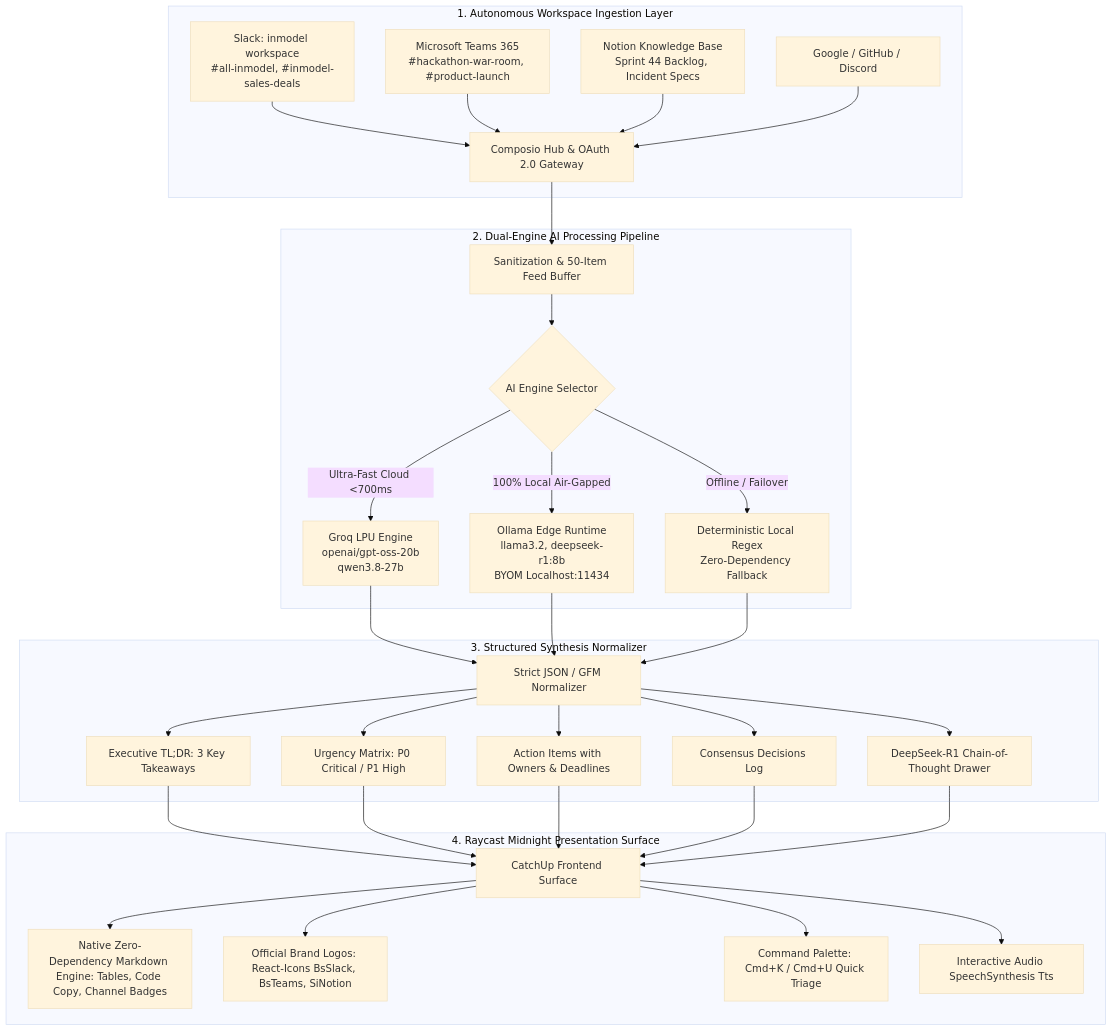
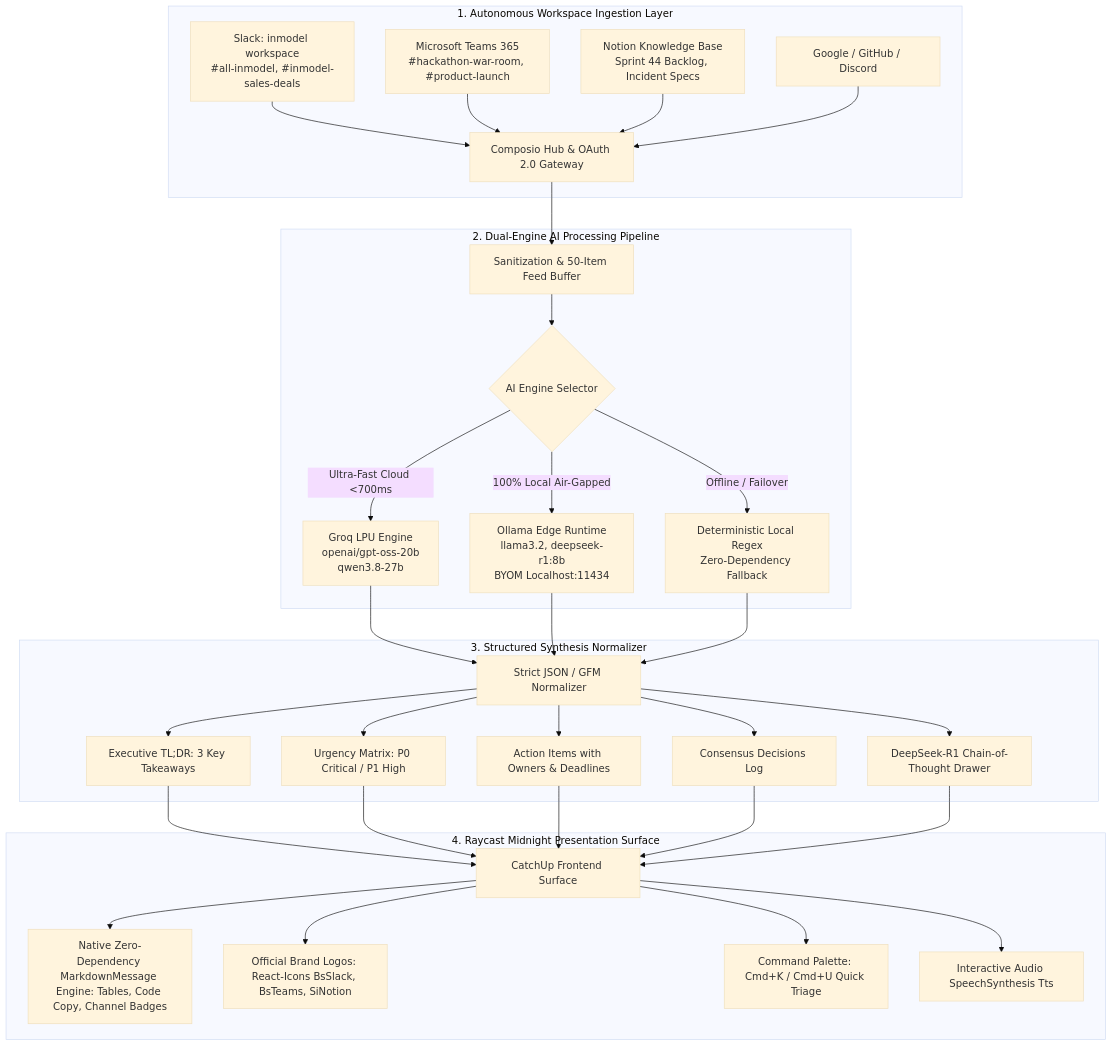
One commit to shree1071/catchup changed the diagram in PROMPT.MD. Above: the diagram before and after it, drawn with Mermaid (base theme). The commit also changed 5 other files, not shown here.

````diff
--- a/PROMPT.MD
+++ b/PROMPT.MD
@@ -43,36 +43,36 @@
 ```mermaid
 flowchart TD
     subgraph Ingestion [1. Autonomous Workspace Ingestion Layer]
         S1[Slack: inmodel workspace\n#all-inmodel, #inmodel-sales-deals]
         S2[Microsoft Teams 365\n#hackathon-war-room, #product-launch]
         S3[Notion Knowledge Base\nSprint 44 Backlog, Incident Specs]
         S4[Google / GitHub / Discord]
         COMPOSIO[Composio Hub & OAuth 2.0 Gateway]
         S1 & S2 & S3 & S4 --> COMPOSIO
     end
 
     subgraph Processing [2. Dual-Engine AI Processing Pipeline]
         COMPOSIO --> SANITIZE[Sanitization & 50-Item Feed Buffer]
         SANITIZE --> ROUTER{AI Engine Selector}
         ROUTER -->|Ultra-Fast Cloud <700ms| GROQ[Groq LPU Engine\nopenai/gpt-oss-20b\nqwen3.8-27b]
         ROUTER -->|100% Local Air-Gapped| OLLAMA[Ollama Edge Runtime\nllama3.2, deepseek-r1:8b\nBYOM Localhost:11434]
         ROUTER -->|Offline / Failover| REGEX[Deterministic Local Regex\nZero-Dependency Fallback]
     end
 
     subgraph Normalization [3. Structured Synthesis Normalizer]
         GROQ & OLLAMA & REGEX --> PARSER[Strict JSON / GFM Normalizer]
         PARSER --> TLDR[Executive TL;DR: 3 Key Takeaways]
         PARSER --> URGENCY[Urgency Matrix: P0 Critical / P1 High]
         PARSER --> ACTIONS[Action Items with Owners & Deadlines]
         PARSER --> DECISIONS[Consensus Decisions Log]
         PARSER --> THINK[DeepSeek-R1 Chain-of-Thought Drawer]
     end
 
     subgraph Presentation [4. Raycast Midnight Presentation Surface]
         TLDR & URGENCY & ACTIONS & DECISIONS & THINK --> UI[CatchUp Frontend Surface]
-        UI --> M1[Native Zero-Dependency Markdown Engine: Tables, Code Copy, Channel Badges]
+        UI --> M1[Native Zero-Dependency MarkdownMessage Engine: Tables, Code Copy, Channel Badges]
         UI --> M2[Official Brand Logos: React-Icons BsSlack, BsTeams, SiNotion]
         UI --> M3[Command Palette: Cmd+K / Cmd+U Quick Triage]
         UI --> M4[Interactive Audio SpeechSynthesis Tts]
     end
 ```
````
